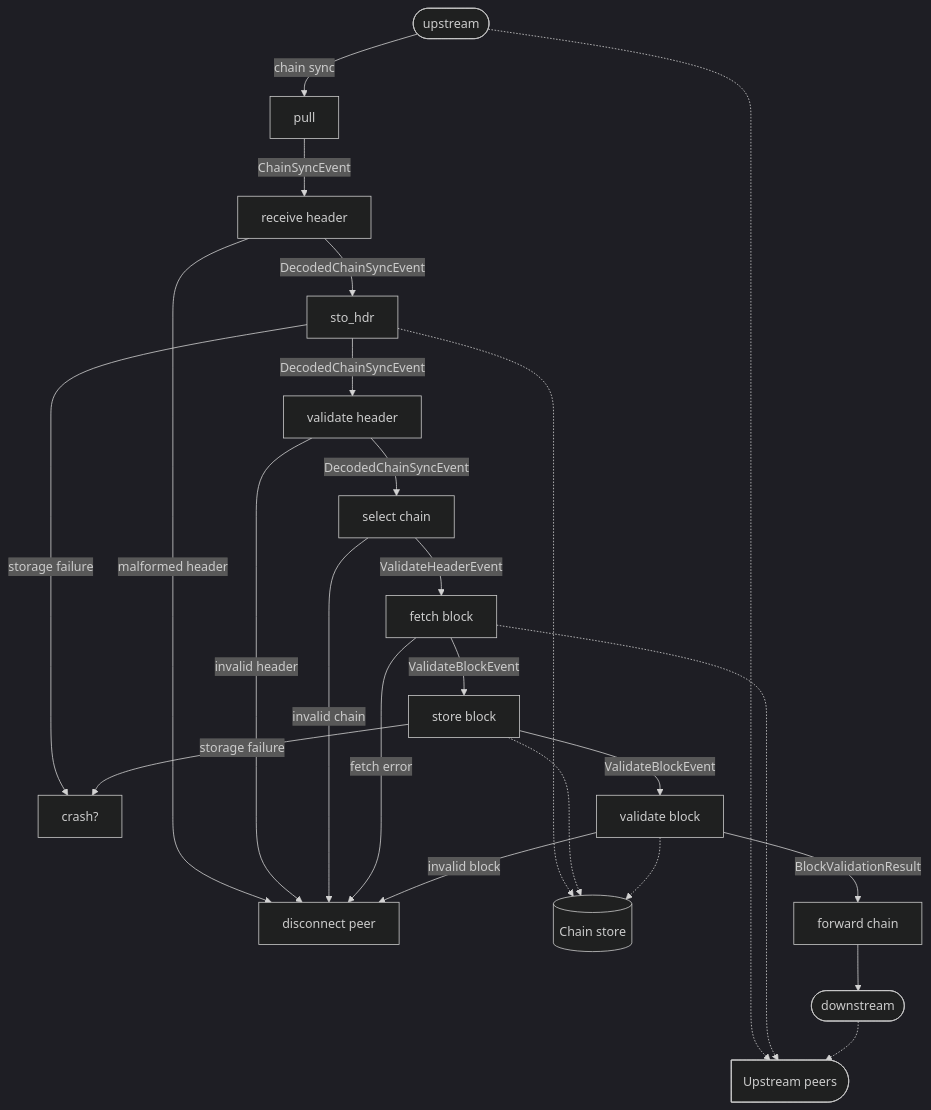
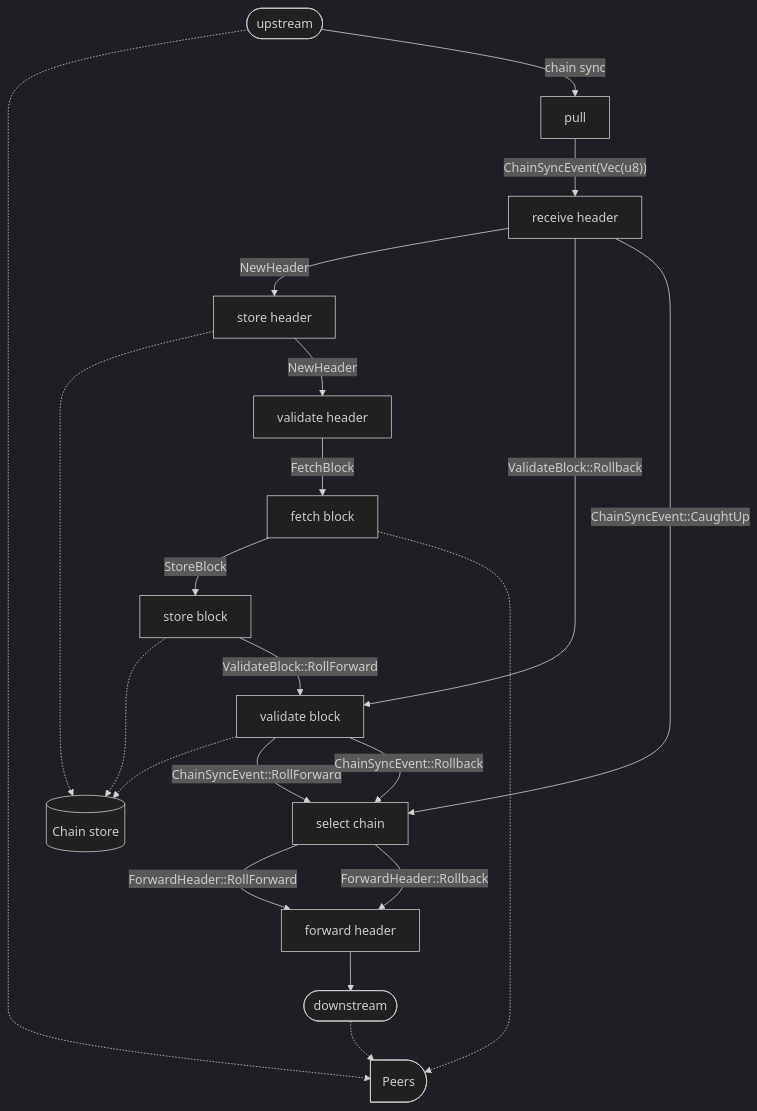
Before and after one commit to pragma-org/amaru: the first of 2 diagrams in crates/amaru-consensus/README.md, drawn with Mermaid (dark theme). The commit also changed other lines of this file and 20 other files, not shown here.

Commit message:
feat: move the select_chain stage towards the end of the stages

````diff
--- a/crates/amaru-consensus/README.md
+++ b/crates/amaru-consensus/README.md
@@ -7,29 +7,44 @@
 ```mermaid
 graph TD
-    disc[disconnect peer]
-    net@{ shape: delay, label: "Upstream peers" }
+    receive_header[receive header]
+    store_header[store header]
+    validate_header[validate header]
+    fetch_block[fetch block]
+    store_block[store block]
+    validate_block[validate block]
+    select_chain[select chain]
+    forward_header[forward header]
+
+    downstream([downstream])
+    store@{ shape: cyl, label: "Chain store" }
+    net@{ shape: delay, label: "Peers" }
+
     upstream([upstream]) -.-> net
     upstream -- chain sync --> pull
-    pull -- ChainSyncEvent --> rcv[receive header]
-    rcv -- malformed header --> disc
-    val_hdr[validate header]
-    rcv -- DecodedChainSyncEvent --> sto_hdr
-    sto_hdr -.-> store@{ shape: cyl, label: "Chain store" }
-    sto_hdr -- storage failure --> crash?
-    sto_hdr -- DecodedChainSyncEvent --> val_hdr[validate header]
-    val_hdr -- invalid header --> disc
-    val_hdr -- DecodedChainSyncEvent --> select[select chain]
-    select -- invalid chain --> disc
-    select -- ValidateHeaderEvent --> fetch[fetch block]
-    fetch -.-> net
-    fetch -- fetch error --> disc
-    fetch -- ValidateBlockEvent --> sto_block[store block]
-    sto_block -.-> store
-    sto_block -- storage failure --> crash?
-    sto_block -- ValidateBlockEvent --> val_block[validate block]
-    val_block -.-> store
-    val_block -- invalid block --> disc
-    val_block -- BlockValidationResult --> fwd[forward chain]
-    fwd --> down([downstream])
-    down -.-> net
+    pull -- ChainSyncEvent(Vec(u8)) --> receive_header
+
+    receive_header -- NewHeader --> store_header
+    receive_header -- ValidateBlock::Rollback --> validate_block
+    receive_header -- ChainSyncEvent::CaughtUp --> select_chain
+
+    store_header -.-> store
+    store_header -- NewHeader --> validate_header
+
+    validate_header -- FetchBlock --> fetch_block
+
+    fetch_block -- StoreBlock --> store_block
+    fetch_block -.-> net
+
+    store_block -.-> store
+    store_block -- ValidateBlock::RollForward --> validate_block
+
+    validate_block -.-> store
+    validate_block -- ChainSyncEvent::RollForward --> select_chain
+    validate_block -- ChainSyncEvent::Rollback --> select_chain
+
+    select_chain -- ForwardHeader::RollForward --> forward_header
+    select_chain -- ForwardHeader::Rollback --> forward_header
+
+    forward_header --> downstream
+    downstream -.-> net
 ```
````
